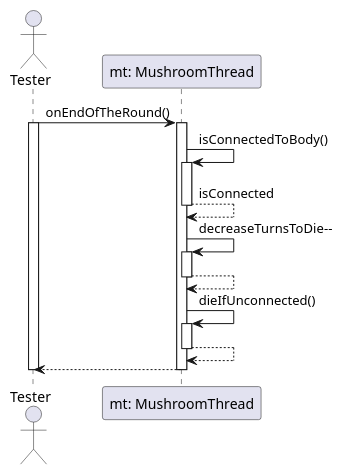
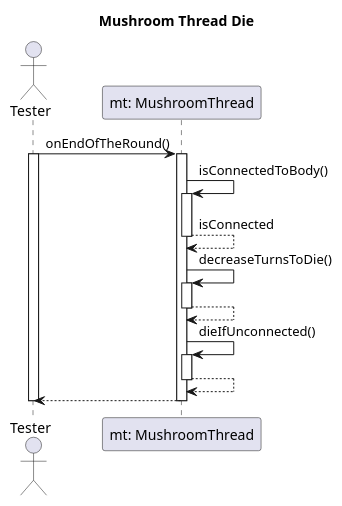
The diagram in diagrams/test-sequence/mushroom/mushroomThreadDie.wsd (dzsem/projlab), drawn with PlantUML before and after one commit. The commit also changed 7 other files, not shown here.

Commit message:
Fixed problems in mushroomThreadTestsInit and in mushroomThreadDie, typos and added titles

```diff
--- a/diagrams/test-sequence/mushroom/mushroomThreadDie.wsd
+++ b/diagrams/test-sequence/mushroom/mushroomThreadDie.wsd
@@ -1,31 +1,33 @@
 @startuml Mushroom Thread Die
+
+title Mushroom Thread Die
 
 actor "Tester" as tester
 participant "mt: MushroomThread" as mt
 
 tester -> mt: onEndOfTheRound() 
 activate tester
 activate mt
 
 mt -> mt: isConnectedToBody()
 activate mt
 mt --> mt: isConnected
 deactivate mt
 
-mt -> mt: decreaseTurnsToDie--
+mt -> mt: decreaseTurnsToDie()
 activate mt
 mt --> mt
 deactivate mt
 
 mt -> mt: dieIfUnconnected()
 activate mt
 mt --> mt 
 deactivate mt
 
 mt --> tester
 deactivate mt
 
 
 deactivate tester
 
 @enduml
```
